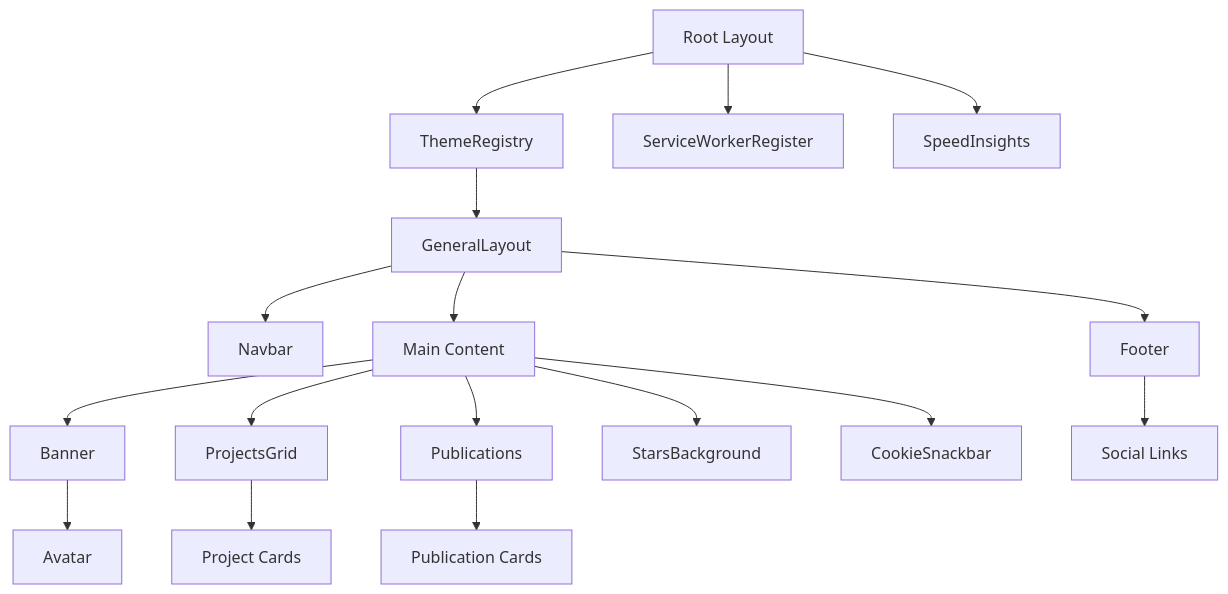
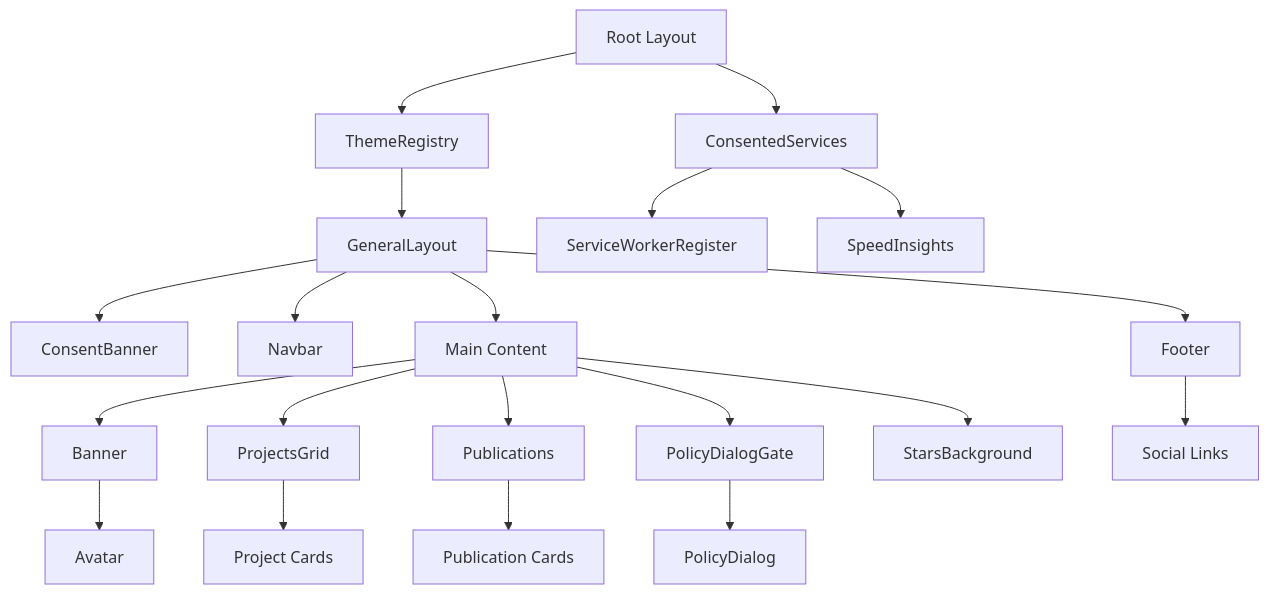
Before and after one commit to AlexJSully/AlexJSully-Portfolio: the first of 3 diagrams in docs/architecture/components/index.md, drawn with Mermaid. The commit also changed other lines of this file and 124 other files, not shown here.

````diff
--- a/docs/architecture/components/index.md
+++ b/docs/architecture/components/index.md
@@ -21,24 +26,27 @@
 ```mermaid
 flowchart TD
     accTitle: Page Component Composition Tree
-    accDescr: Root Layout has three children: ThemeRegistry, ServiceWorkerRegister, and SpeedInsights. ThemeRegistry wraps GeneralLayout, which wraps Navbar, Main Content, and Footer. Main Content contains Banner, ProjectsGrid, Publications, StarsBackground, and CookieSnackbar. Banner contains Avatar. ProjectsGrid and Publications generate cards. Footer contains social links
+    accDescr: Root Layout has two children: ThemeRegistry and ConsentedServices, which renders ServiceWorkerRegister and SpeedInsights once each is allowed. ThemeRegistry wraps GeneralLayout, which wraps ConsentBanner, Navbar, Main Content, and Footer. Main Content contains Banner, ProjectsGrid, Publications, PolicyDialogGate, and StarsBackground. PolicyDialogGate loads PolicyDialog. Banner contains Avatar. ProjectsGrid and Publications generate cards. Footer contains social links
     RootLayout[Root Layout] --> ThemeRegistry
     ThemeRegistry --> GeneralLayout
-    RootLayout --> ServiceWorkerRegister
-    RootLayout --> SpeedInsights
+    RootLayout --> ConsentedServices
+    ConsentedServices --> ServiceWorkerRegister
+    ConsentedServices --> SpeedInsights
+    GeneralLayout --> ConsentBanner
     GeneralLayout --> Navbar
     GeneralLayout --> Main[Main Content]
     GeneralLayout --> Footer
 
     Main --> Banner
     Main --> ProjectsGrid
     Main --> Publications
+    Main --> PolicyDialogGate
     Main --> StarsBackground
-    Main --> CookieSnackbar
+    PolicyDialogGate --> PolicyDialog
 
     Banner --> Avatar
 
     ProjectsGrid --> ProjectCards[Project Cards]
     Publications --> PublicationCards[Publication Cards]
     Footer --> SocialLinks[Social Links]
 ```
````
